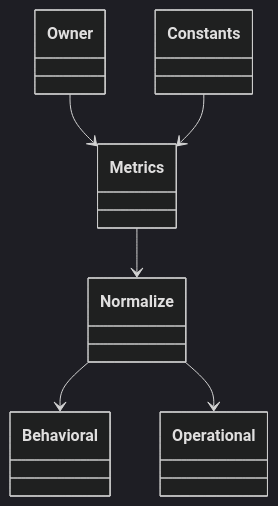
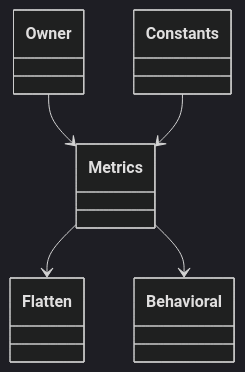
Before and after one commit to webex/webex-js-sdk: the fourth of 4 diagrams in packages/@webex/plugin-meetings/src/metrics/ai-docs/metrics-spec.md, drawn with Mermaid (dark theme). The commit also changed other lines of this file and 24 other files, not shown here.

````diff
--- a/packages/@webex/plugin-meetings/src/metrics/ai-docs/metrics-spec.md
+++ b/packages/@webex/plugin-meetings/src/metrics/ai-docs/metrics-spec.md
@@ -145,14 +143,12 @@
 ```mermaid
 classDiagram
   class Owner
   class Metrics
   class Constants
-  class Normalize
+  class Flatten
   class Behavioral
-  class Operational
   Owner --> Metrics
   Constants --> Metrics
-  Metrics --> Normalize
-  Normalize --> Behavioral
-  Normalize --> Operational
+  Metrics --> Flatten
+  Metrics --> Behavioral
 ```
````
